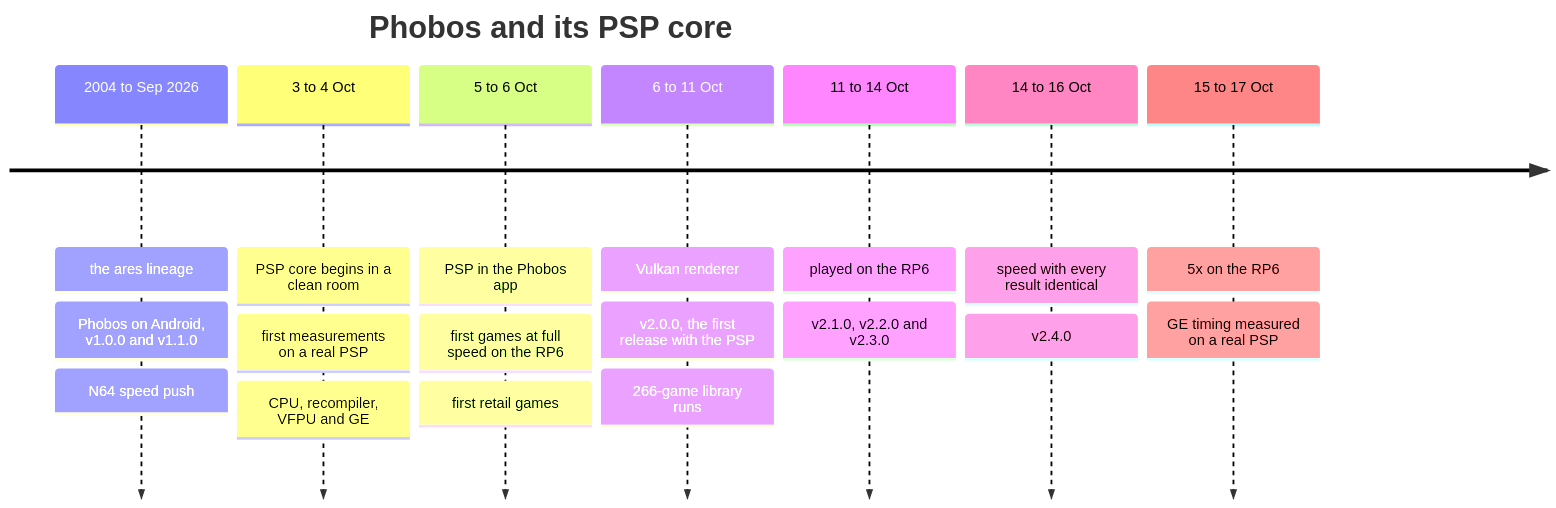
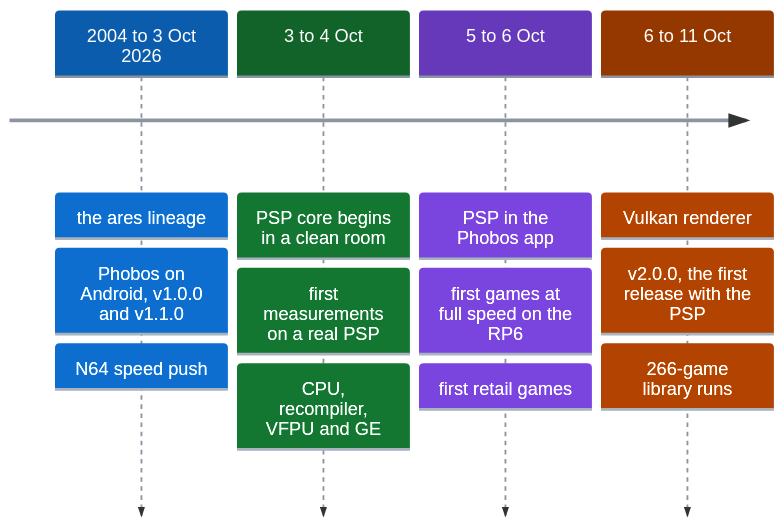
One commit to pwnedbygary/phobos changed the first of 2 diagrams in docs/progress.md. Above: the diagram before and after it, drawn with Mermaid. The commit also changed other lines of this file and 20 other files, not shown here.

````diff
--- a/docs/progress.md
+++ b/docs/progress.md
@@ -14,11 +14,8 @@
 ```mermaid
+%%{init: {"theme": "base", "themeVariables": {"cScale0": "#0b5cad", "cScaleLabel0": "#ffffff", "cScaleInv0": "#8c959f", "cScale1": "#116329", "cScaleLabel1": "#ffffff", "cScaleInv1": "#8c959f", "cScale2": "#6639ba", "cScaleLabel2": "#ffffff", "cScaleInv2": "#8c959f", "cScale3": "#953800", "cScaleLabel3": "#ffffff", "cScaleInv3": "#8c959f", "cScale4": "#1b6a75", "cScaleLabel4": "#ffffff", "cScaleInv4": "#8c959f", "cScale5": "#a40e26", "cScaleLabel5": "#ffffff", "cScaleInv5": "#8c959f", "cScale6": "#57606a", "cScaleLabel6": "#ffffff", "cScaleInv6": "#8c959f", "cScale7": "#0b5cad", "cScaleLabel7": "#8c959f", "cScaleInv7": "#8c959f", "cScale8": "#116329", "cScaleLabel8": "#8c959f", "cScaleInv8": "#8c959f", "cScale9": "#6639ba", "cScaleLabel9": "#8c959f", "cScaleInv9": "#8c959f", "cScale10": "#953800", "cScaleLabel10": "#8c959f", "cScaleInv10": "#8c959f", "cScale11": "#1b6a75", "cScaleLabel11": "#8c959f", "cScaleInv11": "#8c959f", "fontSize": "20px"}, "timeline": {"leftMargin": 10}}}%%
 timeline
-    title Phobos and its PSP core
-    2004 to Sep 2026 : the ares lineage : Phobos on Android, v1.0.0 and v1.1.0 : N64 speed push
+    2004 to 3 Oct 2026 : the ares lineage : Phobos on Android, v1.0.0 and v1.1.0 : N64 speed push
     3 to 4 Oct : PSP core begins in a clean room : first measurements on a real PSP : CPU, recompiler, VFPU and GE
     5 to 6 Oct : PSP in the Phobos app : first games at full speed on the RP6 : first retail games
     6 to 11 Oct : Vulkan renderer : v2.0.0, the first release with the PSP : 266-game library runs
-    11 to 14 Oct : played on the RP6 : v2.1.0, v2.2.0 and v2.3.0
-    14 to 16 Oct : speed with every result identical : v2.4.0
-    15 to 17 Oct : 5x on the RP6 : GE timing measured on a real PSP
 ```
````
